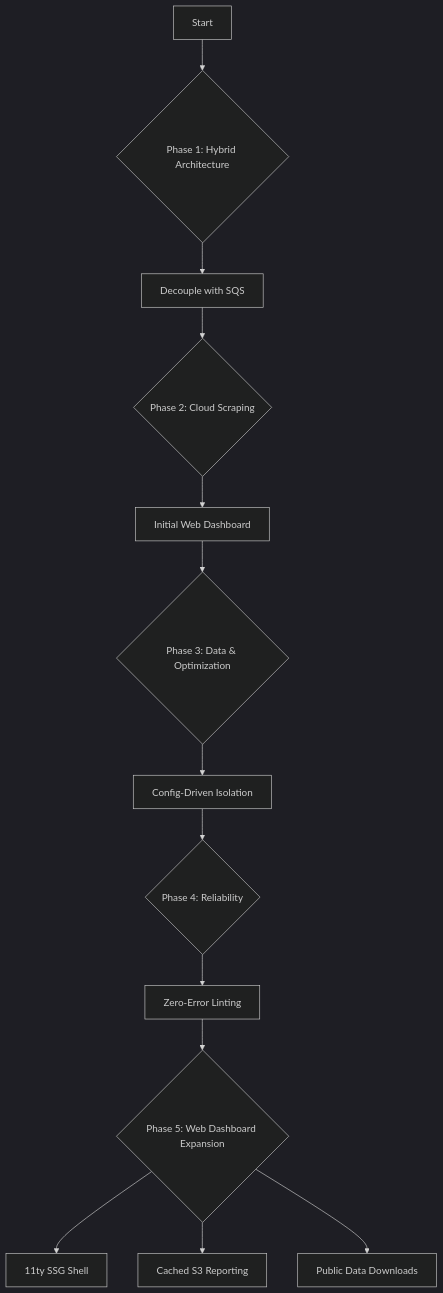
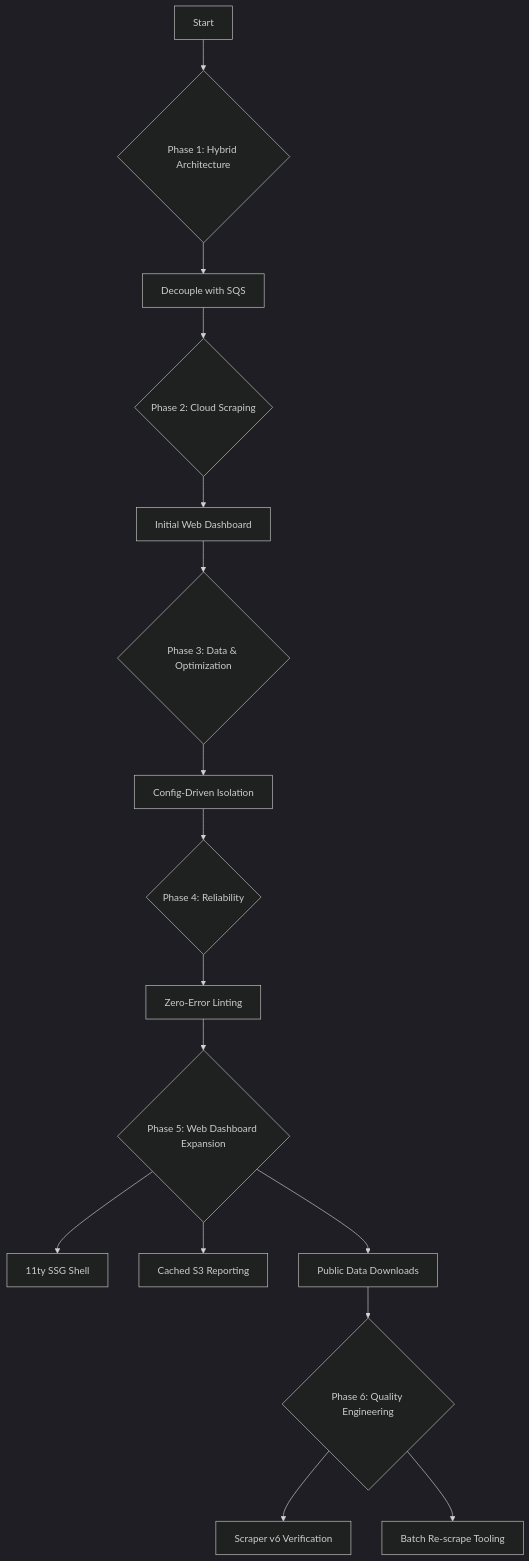
The diagram in plan.md (bizkite-co/cocli), drawn with Mermaid (dark theme) before and after one commit. The commit also changed other lines of this file and 13 other files, not shown here.

First line of the commit message:
feat: implement batch re-scrape tooling and verify v6 scraper

````diff
--- a/plan.md
+++ b/plan.md
@@ -82,19 +95,23 @@
 ```mermaid
 graph TD
     A[Start] --> B{Phase 1: Hybrid Architecture};
     B --> B4[Decouple with SQS];
 
     B4 --> C{Phase 2: Cloud Scraping};
     C --> C3[Initial Web Dashboard];
 
     C3 --> D{Phase 3: Data & Optimization};
     D --> D2[Config-Driven Isolation];
 
     D2 --> E{Phase 4: Reliability};
     E --> E1[Zero-Error Linting];
 
     E1 --> F{Phase 5: Web Dashboard Expansion};
     F --> F1[11ty SSG Shell];
     F --> F2[Cached S3 Reporting];
     F --> F3[Public Data Downloads];
+    
+    F3 --> G{Phase 6: Quality Engineering};
+    G --> G1[Scraper v6 Verification];
+    G --> G2[Batch Re-scrape Tooling];
 ```
````
